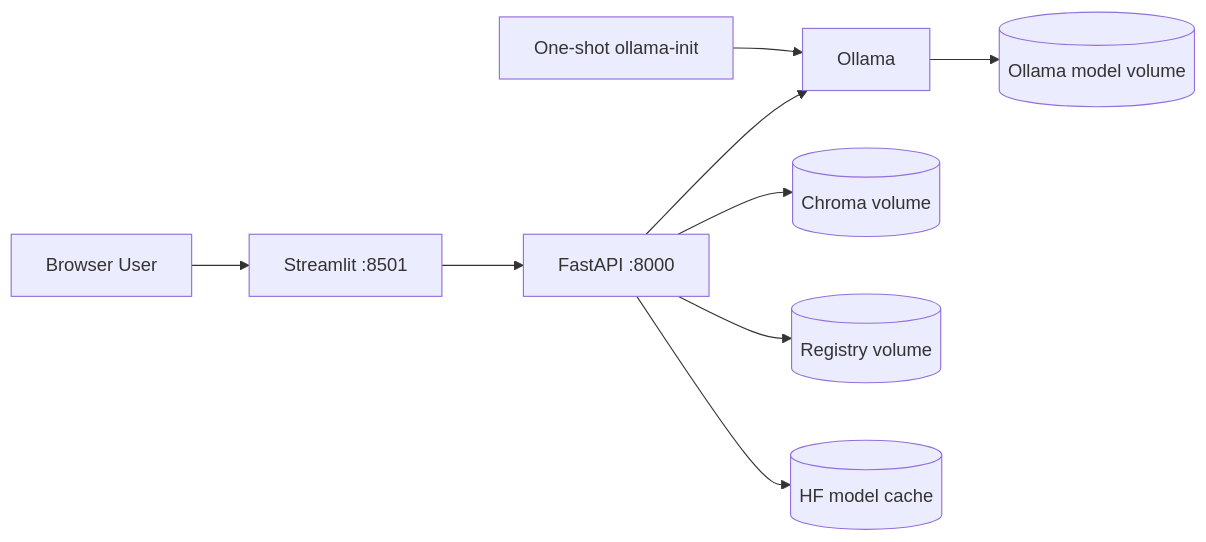
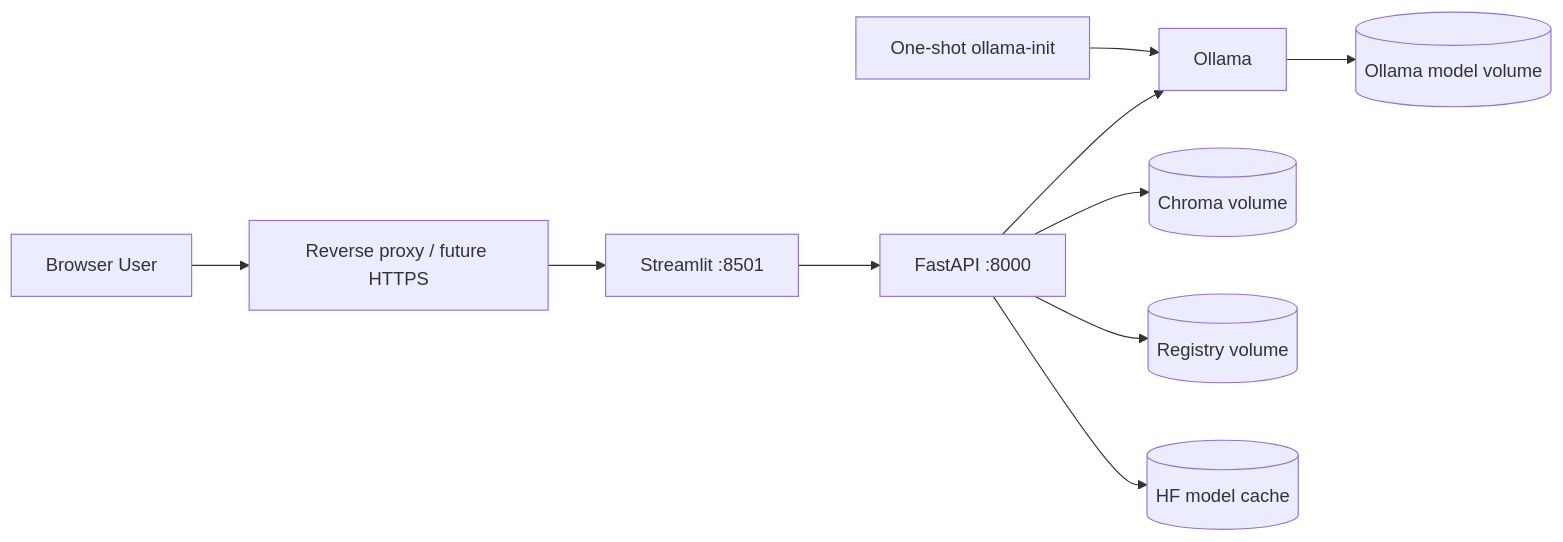
Before and after one commit to Md-Faiz-Alam/docqna: the sixth of 6 diagrams in docs/architecture.md, drawn with Mermaid. The commit also changed other lines of this file and 21 other files, not shown here.

````diff
--- a/docs/architecture.md
+++ b/docs/architecture.md
@@ -215,11 +215,12 @@
 ```mermaid
 flowchart LR
-    USER[Browser User] --> ST[Streamlit :8501]
+    USER[Browser User] --> RP[Reverse proxy / future HTTPS]
+    RP --> ST[Streamlit :8501]
     ST --> API[FastAPI :8000]
     API --> OLL[Ollama]
     API --> VOL1[(Chroma volume)]
     API --> VOL2[(Registry volume)]
     API --> HFC[(HF model cache)]
     OLL --> OLLV[(Ollama model volume)]
     INIT[One-shot ollama-init] --> OLL
 ```
````
